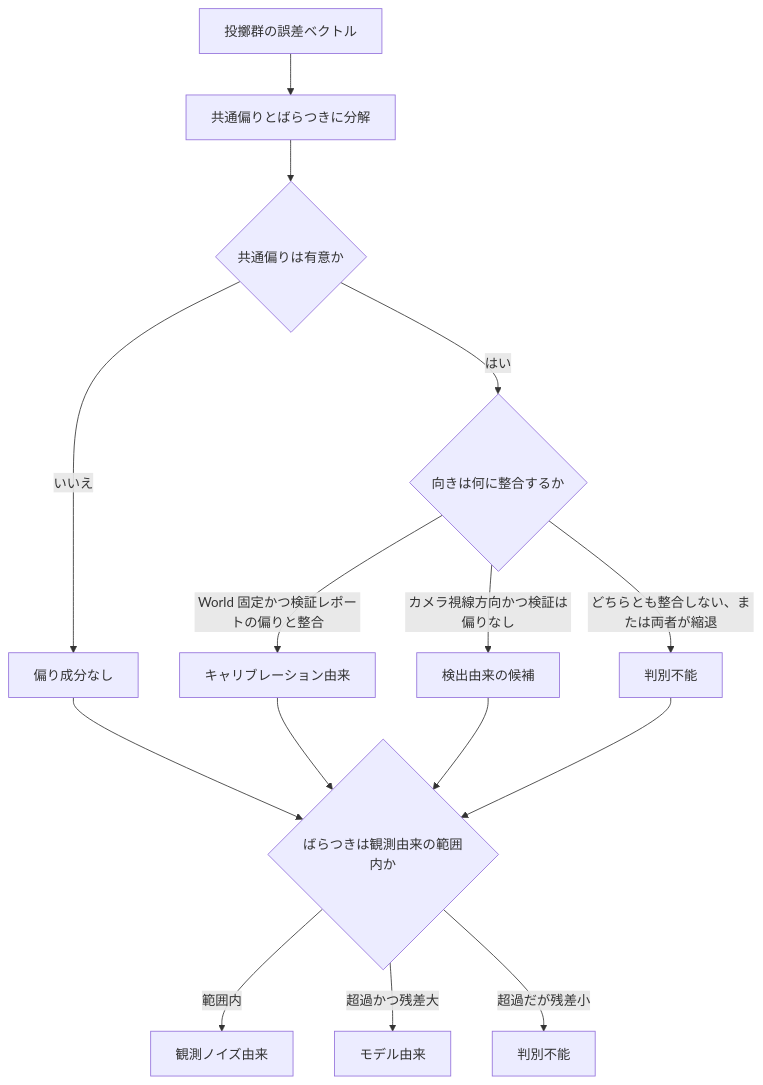
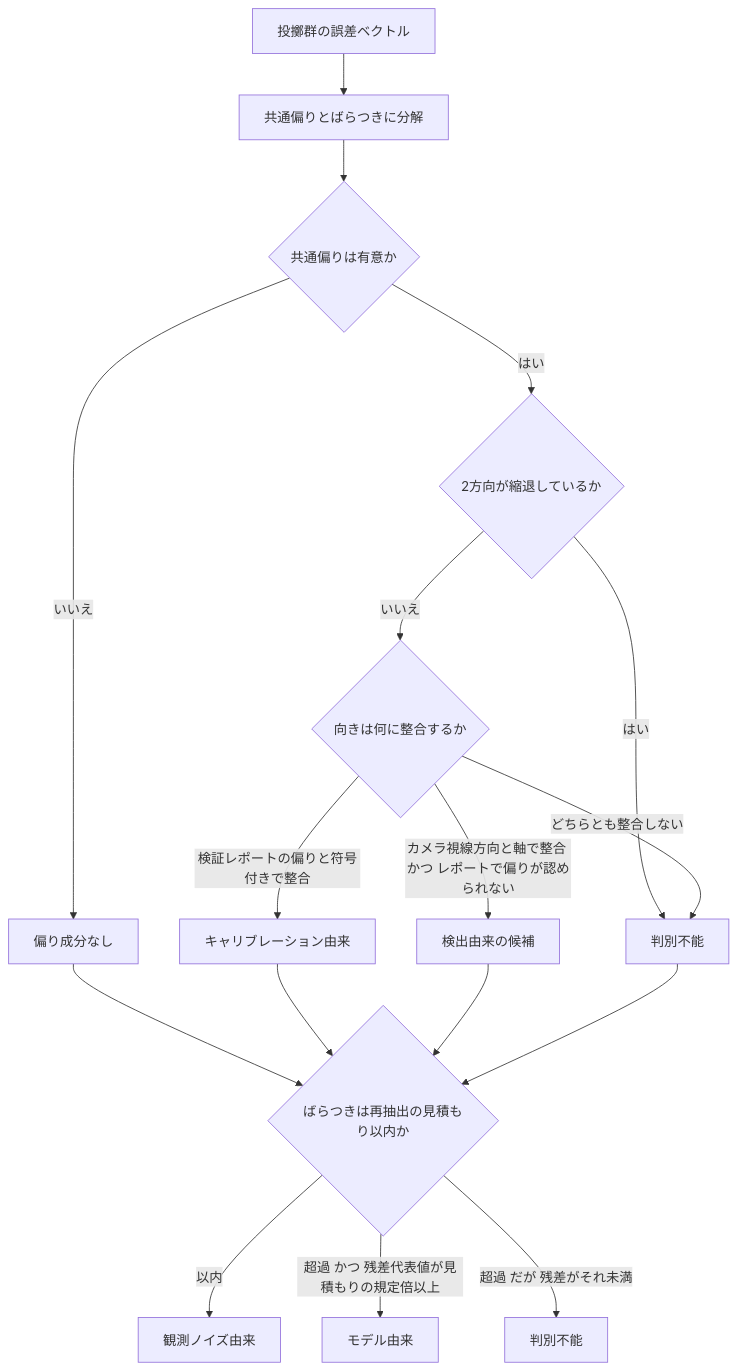
Before and after one commit to f18c052f/smart-trashbox-tribute: the fourth of 4 diagrams in .kiro/specs/m1-prediction-validation/design.md, drawn with Mermaid. The commit also changed other lines of this file, not shown here.

First line of the commit message:
docs(m1-prediction-validation): design.md の mermaid 図を実装へ同期する

````diff
--- a/.kiro/specs/m1-prediction-validation/design.md
+++ b/.kiro/specs/m1-prediction-validation/design.md
@@ -478,17 +504,19 @@
 ```mermaid
 graph TB
     E[投擲群の誤差ベクトル] --> DEC[共通偏りとばらつきに分解]
     DEC --> B{共通偏りは有意か}
     B -->|いいえ| S1[偏り成分なし]
-    B -->|はい| DIR{向きは何に整合するか}
-    DIR -->|World 固定かつ検証レポートの偏りと整合| CAL[キャリブレーション由来]
-    DIR -->|カメラ視線方向かつ検証は偏りなし| DET[検出由来の候補]
-    DIR -->|どちらとも整合しない、または両者が縮退| UNK[判別不能]
-    S1 --> V{ばらつきは観測由来の範囲内か}
+    B -->|はい| DEG{2方向が縮退しているか}
+    DEG -->|はい| UNK[判別不能]
+    DEG -->|いいえ| DIR{向きは何に整合するか}
+    DIR -->|検証レポートの偏りと符号付きで整合| CAL[キャリブレーション由来]
+    DIR -->|カメラ視線方向と軸で整合 かつ レポートで偏りが認められない| DET[検出由来の候補]
+    DIR -->|どちらとも整合しない| UNK
+    S1 --> V{ばらつきは再抽出の見積もり以内か}
     CAL --> V
     DET --> V
     UNK --> V
-    V -->|範囲内| NOISE[観測ノイズ由来]
-    V -->|超過かつ残差大| MODEL[モデル由来]
-    V -->|超過だが残差小| UNK2[判別不能]
+    V -->|以内| NOISE[観測ノイズ由来]
+    V -->|超過 かつ 残差代表値が見積もりの規定倍以上| MODEL[モデル由来]
+    V -->|超過 だが 残差がそれ未満| UNK2[判別不能]
 ```
````
